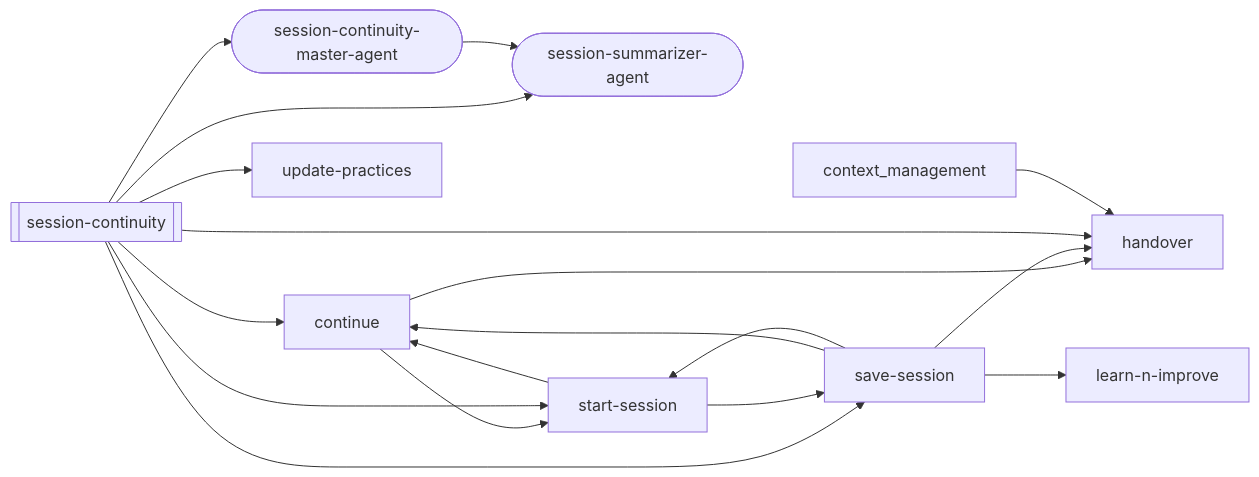
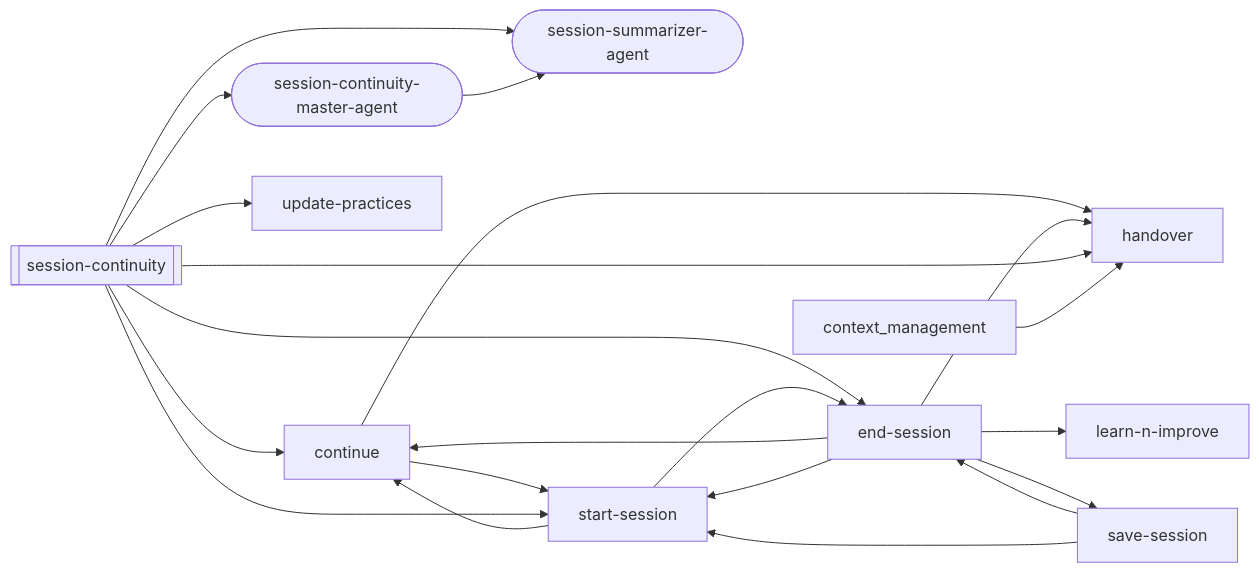
Before and after one commit to abhayla/claude-best-practices: the fourth of 12 diagrams in docs/workflows/session-continuity.md, drawn with Mermaid. The commit also changed other lines of this file and 32 other files, not shown here.

````diff
--- a/docs/workflows/session-continuity.md
+++ b/docs/workflows/session-continuity.md
@@ -344,29 +362,33 @@
 ```mermaid
 graph LR
     session_continuity[["session-continuity"]]
     continue["continue"]
+    end_session["end-session"]
     handover["handover"]
     learn_n_improve["learn-n-improve"]
     save_session["save-session"]
     session_continuity_master_agent(["session-continuity-master-agent"])
     session_summarizer_agent(["session-summarizer-agent"])
     start_session["start-session"]
     update_practices["update-practices"]
     continue --> handover
     continue --> start_session
-    save_session --> continue
-    save_session --> handover
-    save_session --> learn_n_improve
+    end_session --> continue
+    end_session --> handover
+    end_session --> learn_n_improve
+    end_session --> save_session
+    end_session --> start_session
+    save_session --> end_session
     save_session --> start_session
     session_continuity --> continue
+    session_continuity --> end_session
     session_continuity --> handover
-    session_continuity --> save_session
     session_continuity --> start_session
     session_continuity --> update_practices
     session_continuity --> session_continuity_master_agent
     session_continuity --> session_summarizer_agent
     start_session --> continue
-    start_session --> save_session
+    start_session --> end_session
     session_continuity_master_agent --> session_summarizer_agent
     context_management --> handover
 ```
````
